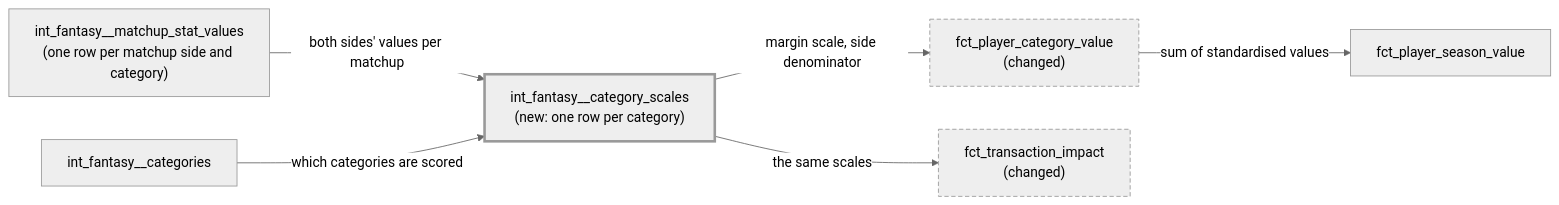
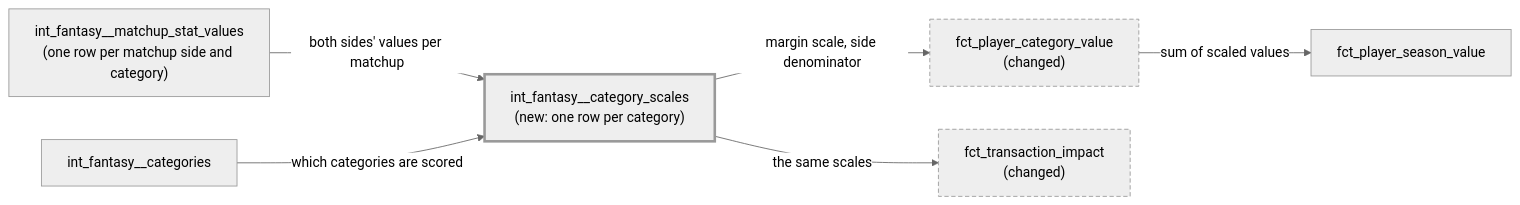
One commit to nick-socci/front-office changed the diagram in docs/specs/0055-matchup-margin-scale/design.md. Above: the diagram before and after it, drawn with Mermaid (neutral theme). The commit also changed other lines of this file, not shown here.

Commit message:
Finish the scaled_value rename in the design text (#55)

````diff
--- a/docs/specs/0055-matchup-margin-scale/design.md
+++ b/docs/specs/0055-matchup-margin-scale/design.md
@@ -15,20 +15,20 @@
 ```mermaid
 flowchart LR
   msv["int_fantasy__matchup_stat_values<br/>(one row per matchup side and category)"]
   cats["int_fantasy__categories"]
   scales["int_fantasy__category_scales<br/>(new: one row per category)"]
   cat["fct_player_category_value<br/>(changed)"]
   season["fct_player_season_value"]
   impact["fct_transaction_impact<br/>(changed)"]
 
   msv -->|"both sides' values per matchup"| scales
   cats -->|"which categories are scored"| scales
   scales -->|"margin scale, side denominator"| cat
   scales -->|"the same scales"| impact
-  cat -->|"sum of standardised values"| season
+  cat -->|"sum of scaled values"| season
 
   classDef new stroke-width:3px
   classDef changed stroke-dasharray:5 3
   class scales new
   class cat,impact changed
 ```
````
